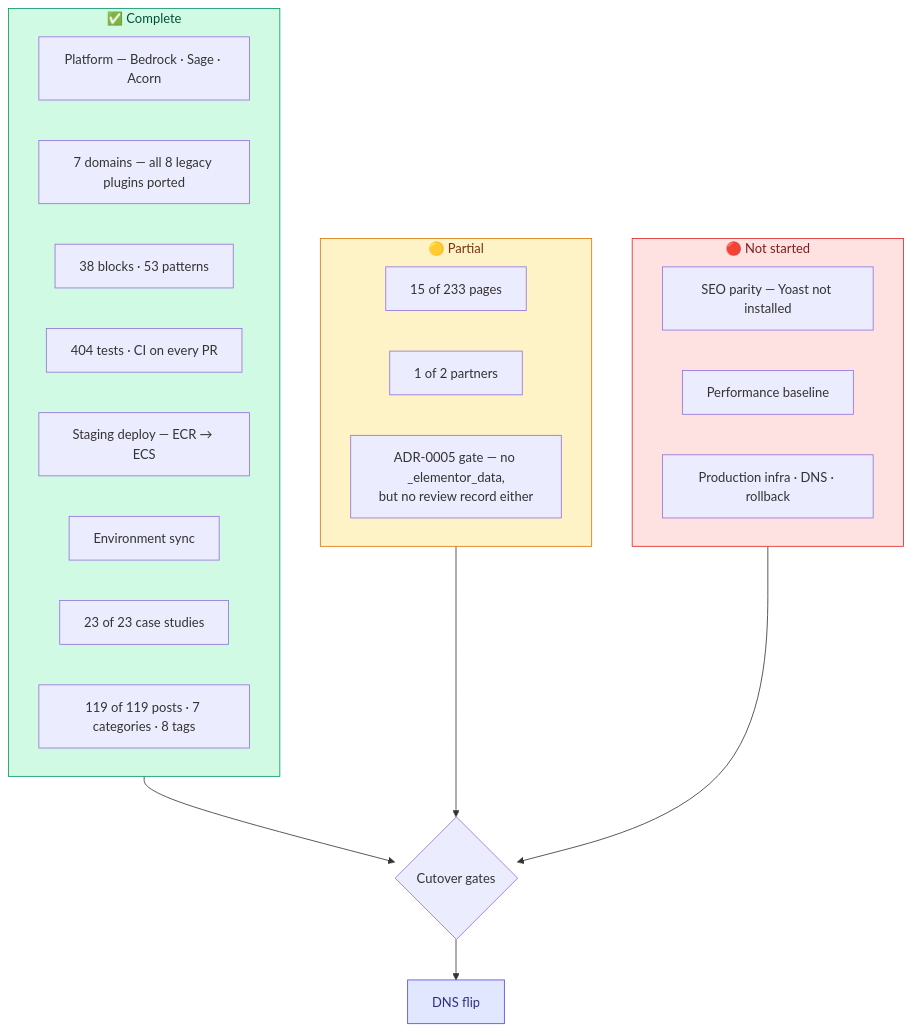
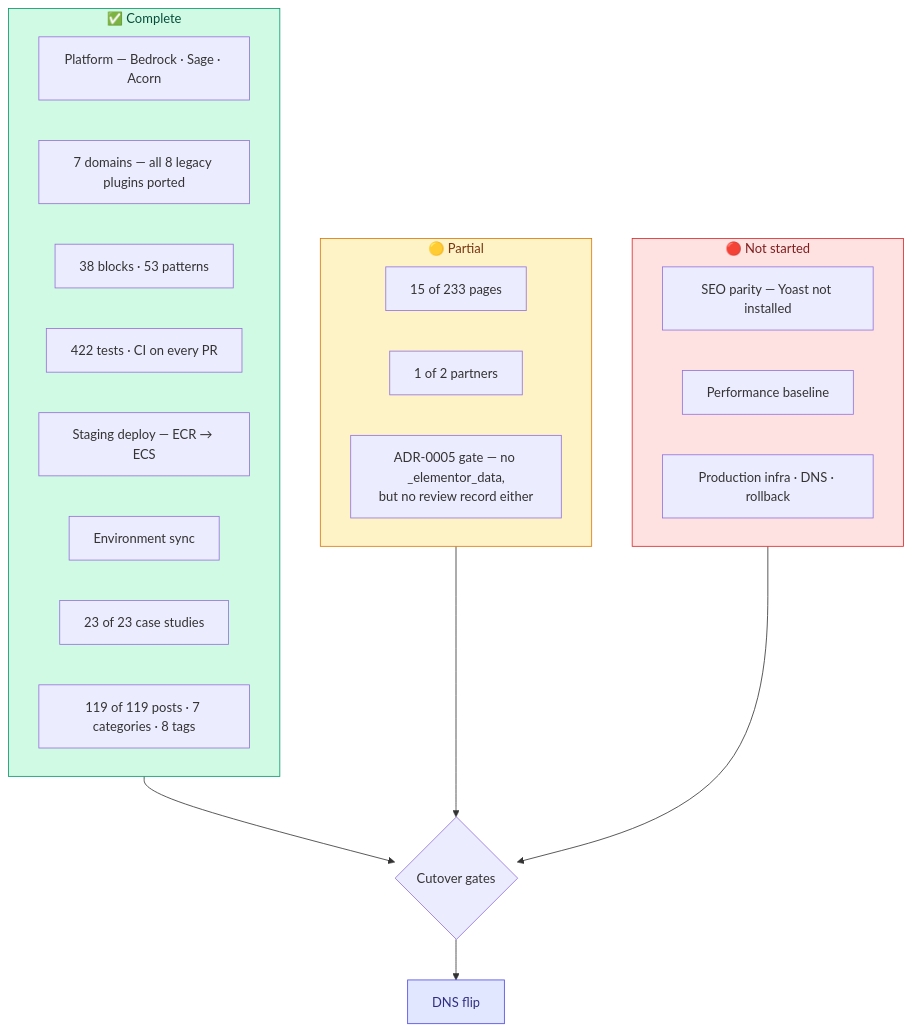
One commit to Remote-Leverage/remote-leverage-website-modernization changed the diagram in web/app/themes/remote-leverage/docs/production-cutover.md. Above: the diagram before and after it, drawn with Mermaid. The commit also changed 5 other files, not shown here.

````diff
--- a/web/app/themes/remote-leverage/docs/production-cutover.md
+++ b/web/app/themes/remote-leverage/docs/production-cutover.md
@@ -17,35 +17,35 @@
 ```mermaid
 flowchart TB
     subgraph DONE["✅ Complete"]
         A1["Platform — Bedrock · Sage · Acorn"]
         A2["7 domains — all 8 legacy plugins ported"]
         A3["38 blocks · 53 patterns"]
-        A4["404 tests · CI on every PR"]
+        A4["422 tests · CI on every PR"]
         A5["Staging deploy — ECR → ECS"]
         A6["Environment sync"]
         A7["23 of 23 case studies"]
         A8["119 of 119 posts · 7 categories · 8 tags"]
     end
 
     subgraph PART["🟡 Partial"]
         B1["15 of 233 pages"]
         B2["1 of 2 partners"]
         B3["ADR-0005 gate — no _elementor_data,<br/>but no review record either"]
     end
 
     subgraph BLOCKED["🔴 Not started"]
         C3["SEO parity — Yoast not installed"]
         C5["Performance baseline"]
         C6["Production infra · DNS · rollback"]
     end
 
     DONE --> GATE{"Cutover gates"}
     PART --> GATE
     BLOCKED --> GATE
     GATE --> LAUNCH["DNS flip"]
 
     style DONE fill:#d1fae5,stroke:#059669,color:#064e3b
     style PART fill:#fef3c7,stroke:#d97706,color:#78350f
     style BLOCKED fill:#fee2e2,stroke:#dc2626,color:#7f1d1d
     style LAUNCH fill:#e0e7ff,stroke:#4f46e5,color:#312e81
 ```
````
